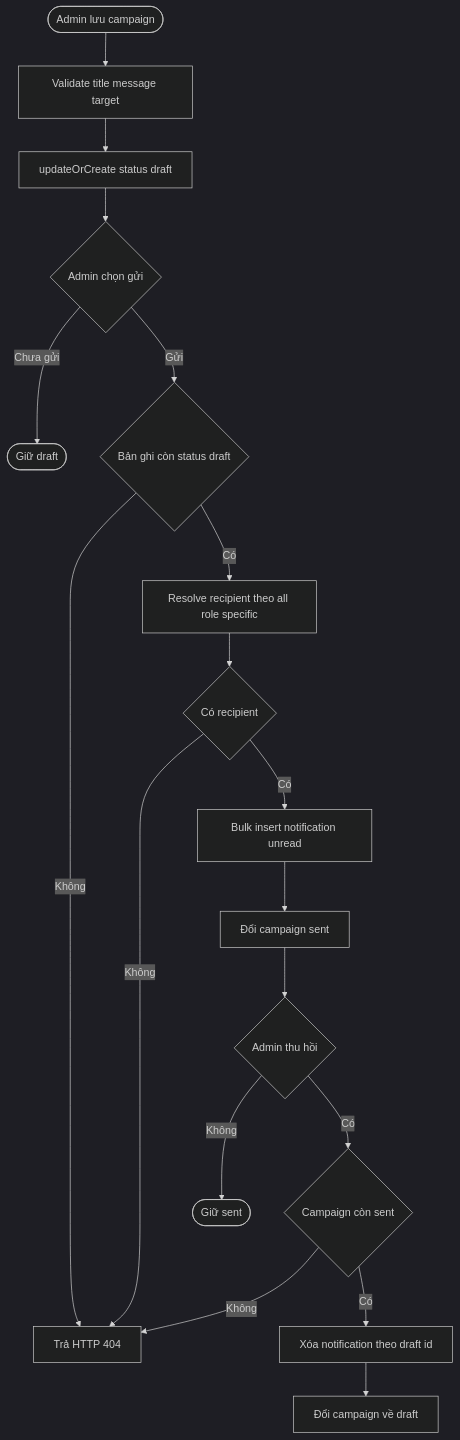
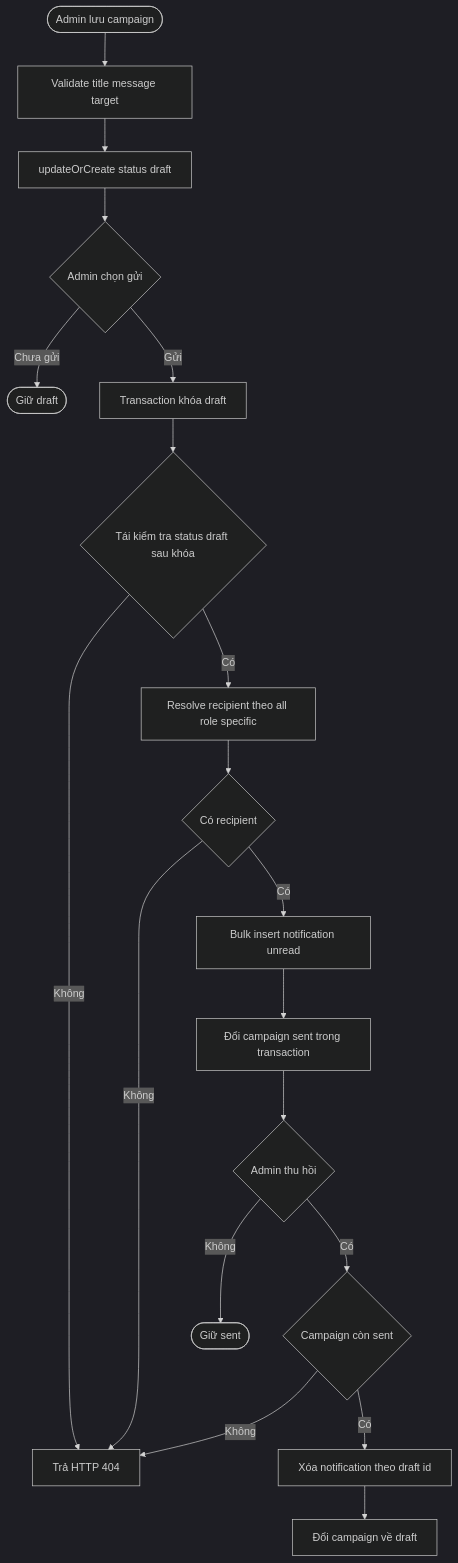
One commit to phamhoaithu2006/DATN_WD-01 changed diagram 37 of 39 in docs/reverse-engineering/06-process-and-state-diagrams.md. Above: the diagram before and after it, drawn with Mermaid (dark theme). The commit also changed other lines of this file and 53 other files, not shown here.

````diff
--- a/docs/reverse-engineering/06-process-and-state-diagrams.md
+++ b/docs/reverse-engineering/06-process-and-state-diagrams.md
@@ -1304,20 +1515,21 @@
 ```mermaid
 flowchart TD
     A([Admin lưu campaign]) --> B[Validate title message target]
     B --> C[updateOrCreate status draft]
     C --> D{Admin chọn gửi}
     D -->|Chưa gửi| E([Giữ draft])
-    D -->|Gửi| F{Bản ghi còn status draft}
-    F -->|Không| X[Trả HTTP 404]
-    F -->|Có| G[Resolve recipient theo all role specific]
-    G --> H{Có recipient}
-    H -->|Không| X
-    H -->|Có| I[Bulk insert notification unread]
-    I --> J[Đổi campaign sent]
-    J --> K{Admin thu hồi}
-    K -->|Không| L([Giữ sent])
-    K -->|Có| M{Campaign còn sent}
-    M -->|Không| X
-    M -->|Có| N[Xóa notification theo draft id]
-    N --> O[Đổi campaign về draft]
+    D -->|Gửi| F[Transaction khóa draft]
+    F --> G{Tái kiểm tra status draft sau khóa}
+    G -->|Không| X[Trả HTTP 404]
+    G -->|Có| H[Resolve recipient theo all role specific]
+    H --> I{Có recipient}
+    I -->|Không| X
+    I -->|Có| J[Bulk insert notification unread]
+    J --> K[Đổi campaign sent trong transaction]
+    K --> L{Admin thu hồi}
+    L -->|Không| M([Giữ sent])
+    L -->|Có| N{Campaign còn sent}
+    N -->|Không| X
+    N -->|Có| O[Xóa notification theo draft id]
+    O --> P[Đổi campaign về draft]
 ```
````
